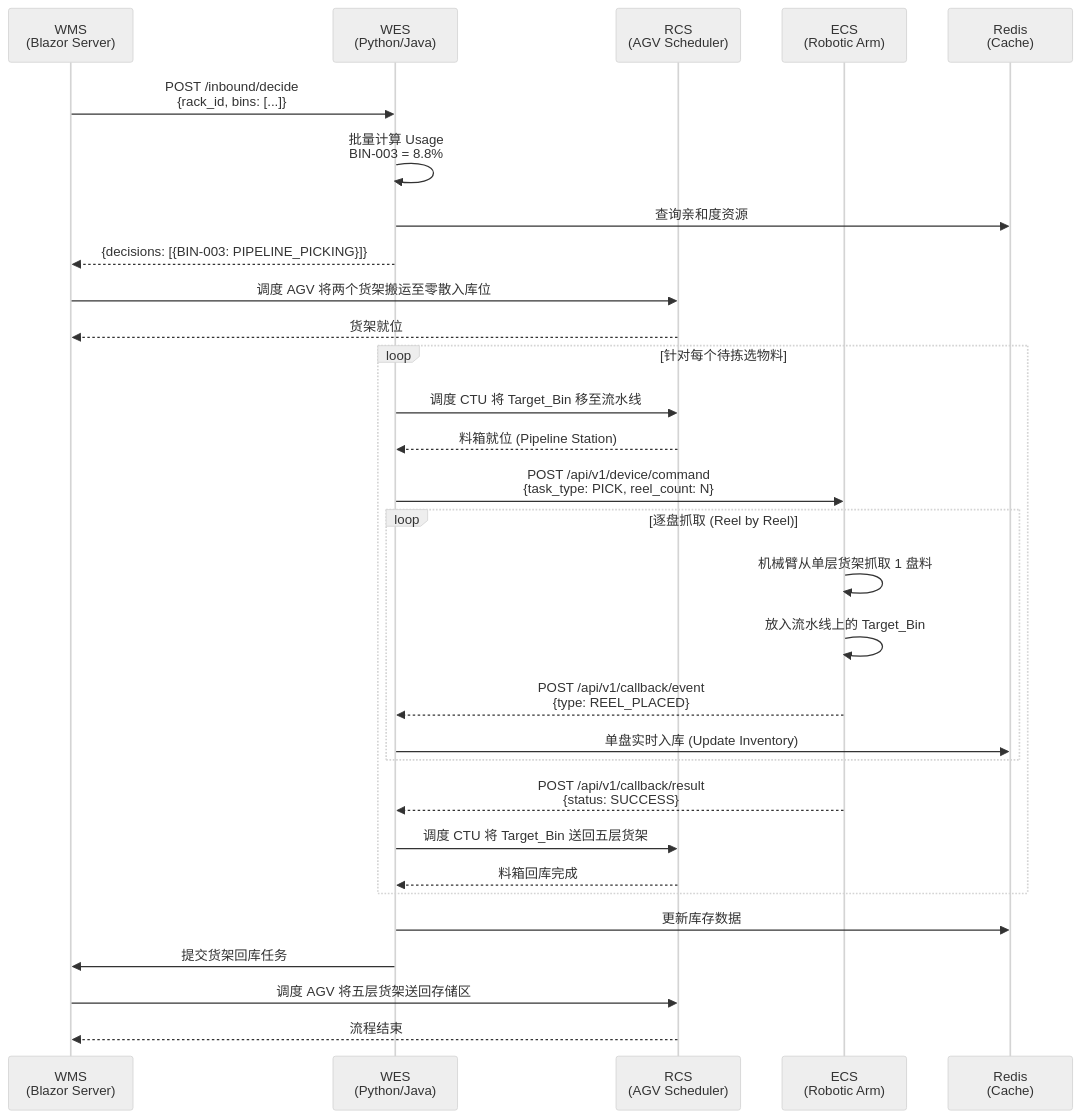
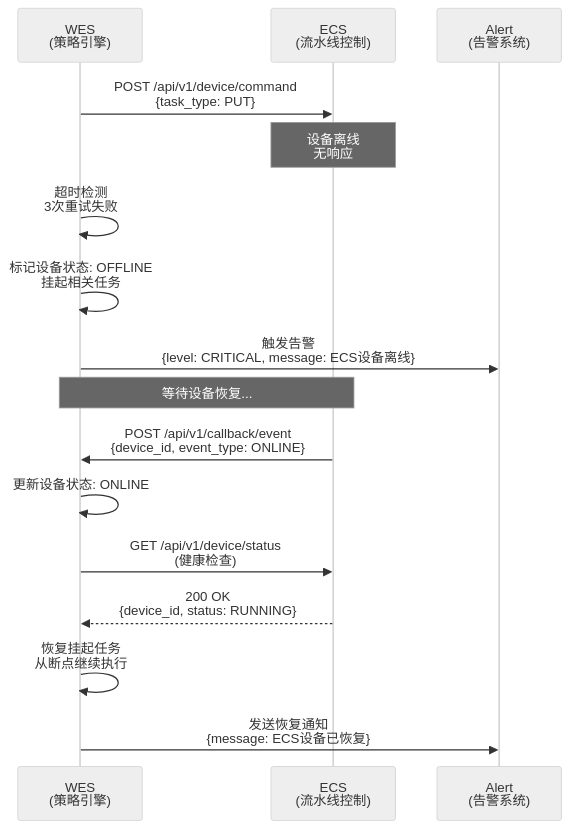
One commit to kaizhoumasha/fxn_wms changed the eighth of 9 diagrams in docs/design/3.3.2-hybrid-inbound-strategy.md. Above: the diagram before and after it, drawn with Mermaid (neutral theme). The commit also changed other lines of this file and 2 other files, not shown here.

````diff
--- a/docs/design/3.3.2-hybrid-inbound-strategy.md
+++ b/docs/design/3.3.2-hybrid-inbound-strategy.md
@@ -824,38 +1061,25 @@
 ```mermaid
 sequenceDiagram
-    participant WMS as WMS<br/>(Blazor Server)
-    participant WES as WES<br/>(Python/Java)
-    participant RCS as RCS<br/>(AGV Scheduler)
-    participant ECS as ECS<br/>(Robotic Arm)
-    participant Redis as Redis<br/>(Cache)
+    participant WES as WES<br/>(策略引擎)
+    participant ECS as ECS<br/>(流水线控制)
+    participant Alert as Alert<br/>(告警系统)
 
-    WMS->>WES: POST /inbound/decide<br/>{rack_id, bins: [...]}
-    WES->>WES: 批量计算 Usage<br/>BIN-003 = 8.8%
-    WES->>Redis: 查询亲和度资源
-    WES-->>WMS: {decisions: [{BIN-003: PIPELINE_PICKING}]}
+    WES->>ECS: POST /api/v1/device/command<br/>{task_type: PUT}
 
-    WMS->>RCS: 调度 AGV 将两个货架搬运至零散入库位
-    RCS-->>WMS: 货架就位
+    Note over ECS: 设备离线<br/>无响应
 
-    loop 针对每个待拣选物料
-        WES->>RCS: 调度 CTU 将 Target_Bin 移至流水线
-        RCS-->>WES: 料箱就位 (Pipeline Station)
-        
-        WES->>ECS: POST /api/v1/device/command<br/>{task_type: PICK, reel_count: N}
-        loop 逐盘抓取 (Reel by Reel)
-            ECS->>ECS: 机械臂从单层货架抓取 1 盘料
-            ECS->>ECS: 放入流水线上的 Target_Bin
-            ECS-->>WES: POST /api/v1/callback/event<br/>{type: REEL_PLACED}
-            WES->>Redis: 单盘实时入库 (Update Inventory)
-        end
-        ECS-->>WES: POST /api/v1/callback/result<br/>{status: SUCCESS}
-        
-        WES->>RCS: 调度 CTU 将 Target_Bin 送回五层货架
-        RCS-->>WES: 料箱回库完成
-    end
+    WES->>WES: 超时检测<br/>3次重试失败
+    WES->>WES: 标记设备状态: OFFLINE<br/>挂起相关任务
+    WES->>Alert: 触发告警<br/>{level: CRITICAL, message: ECS设备离线}
 
-    WES->>Redis: 更新库存数据
-    WES->>WMS: 提交货架回库任务
-    WMS->>RCS: 调度 AGV 将五层货架送回存储区
-    RCS-->>WMS: 流程结束
+    Note over WES,ECS: 等待设备恢复...
+
+    ECS->>WES: POST /api/v1/callback/event<br/>{device_id, event_type: ONLINE}
+
+    WES->>WES: 更新设备状态: ONLINE
+    WES->>ECS: GET /api/v1/device/status<br/>(健康检查)
+    ECS-->>WES: 200 OK<br/>{device_id, status: RUNNING}
+
+    WES->>WES: 恢复挂起任务<br/>从断点继续执行
+    WES->>Alert: 发送恢复通知<br/>{message: ECS设备已恢复}
 ```
````
